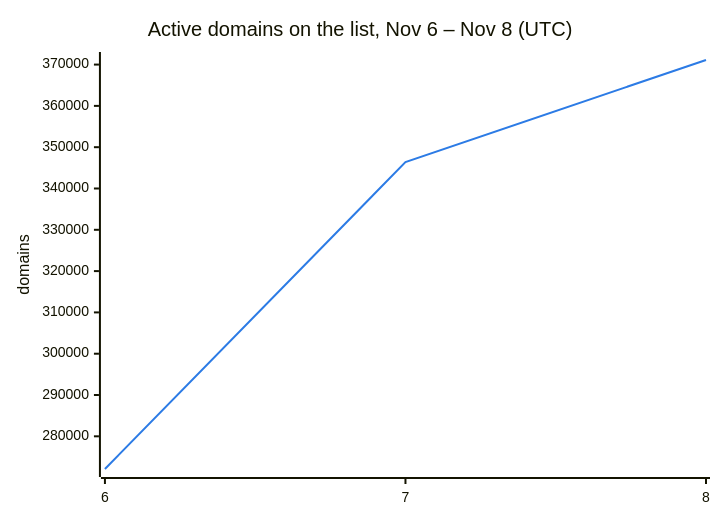
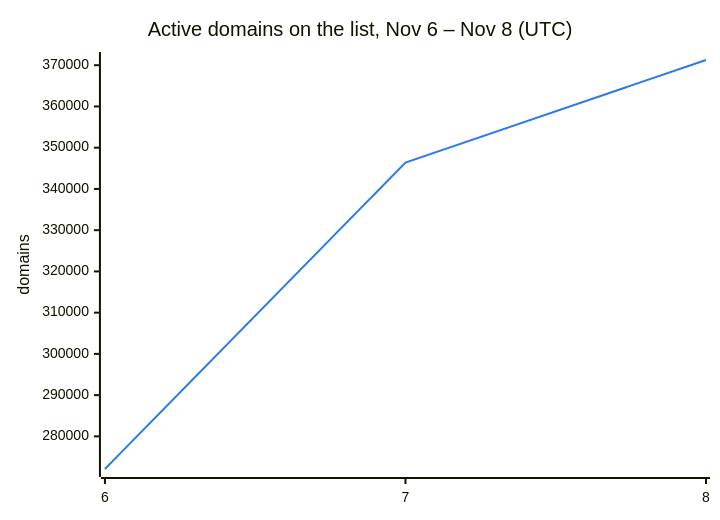
One commit to DNSBunker/CTI changed the second of 3 diagrams in README.md. Above: the diagram before and after it, drawn with Mermaid. The commit also changed other lines of this file and 3 other files, not shown here.

````diff
--- a/README.md
+++ b/README.md
@@ -38,8 +38,8 @@
 ```mermaid
 %%{init: {"themeVariables": {"xyChart": {"plotColorPalette": "#2c7be5"}}}}%%
 xychart-beta
     title "Active domains on the list, Nov 6 – Nov 8 (UTC)"
     x-axis ["6", "7", "8"]
     y-axis "domains"
-    line [272088, 346388, 371109]
+    line [272088, 346388, 371264]
 ```
````
